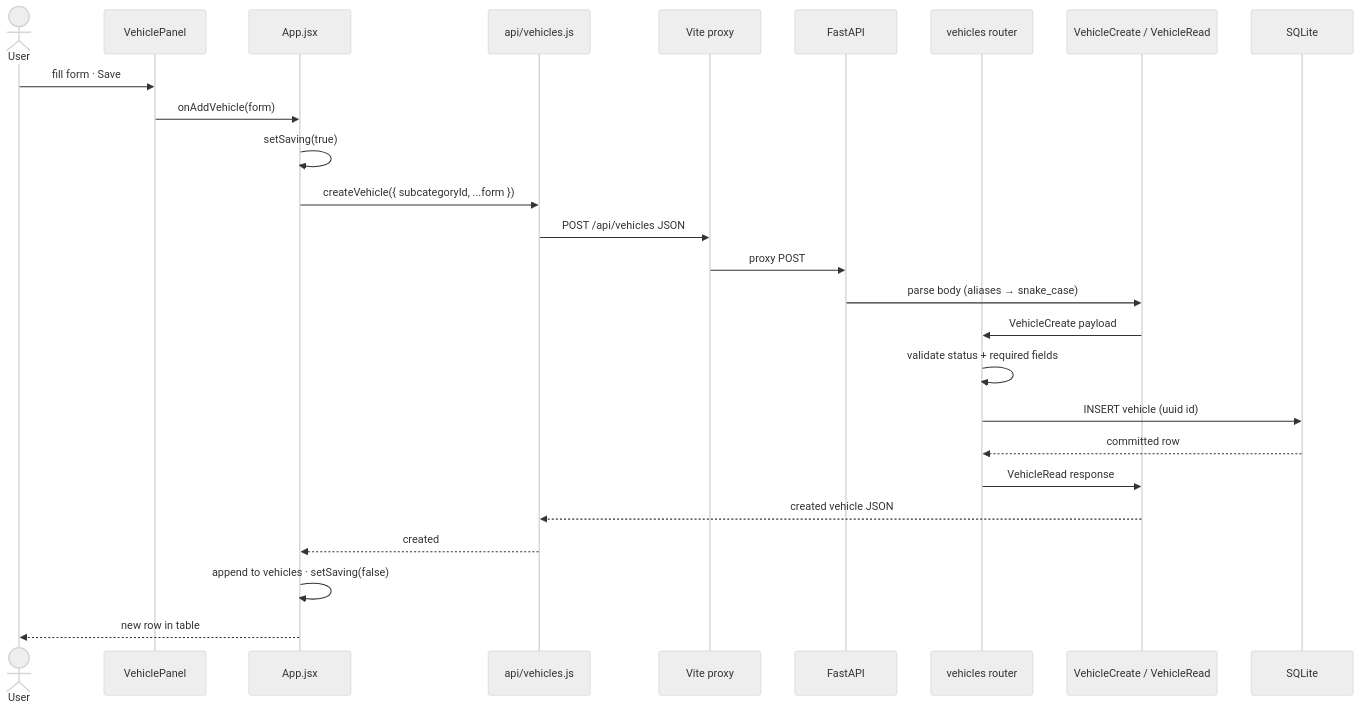
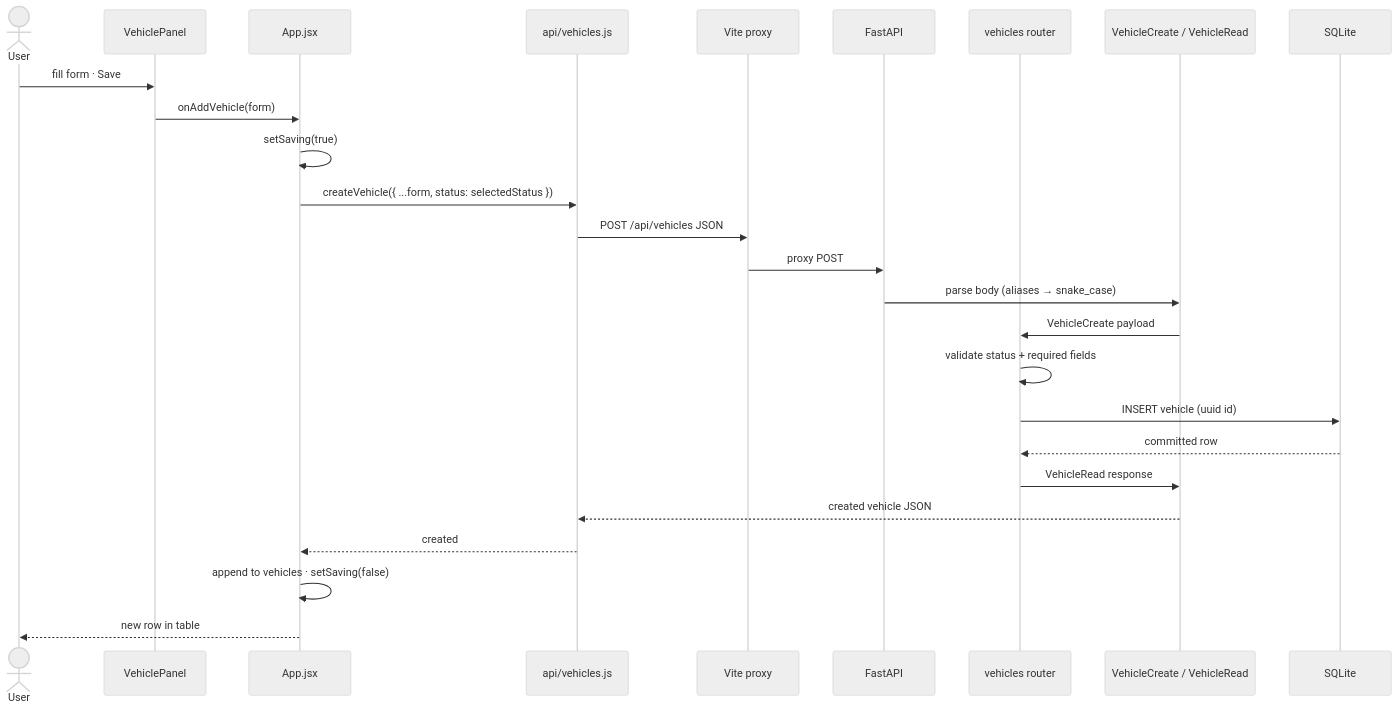
One commit to ajeske/fleet-app changed the seventh of 10 diagrams in README.md. Above: the diagram before and after it, drawn with Mermaid (neutral theme). The commit also changed other lines of this file and 10 other files, not shown here.

First line of the commit message:
Expand fleet app into status-based browsing with car profiles and records.

````diff
--- a/README.md
+++ b/README.md
@@ -238,29 +253,29 @@
 ```mermaid
 sequenceDiagram
   actor User
   participant Panel as VehiclePanel
   participant App as App.jsx
   participant Api as api/vehicles.js
   participant Vite as Vite proxy
   participant FastAPI as FastAPI
   participant Router as vehicles router
   participant Schema as VehicleCreate / VehicleRead
   participant DB as SQLite
 
   User->>Panel: fill form · Save
   Panel->>App: onAddVehicle(form)
   App->>App: setSaving(true)
-  App->>Api: createVehicle({ subcategoryId, ...form })
+  App->>Api: createVehicle({ ...form, status: selectedStatus })
   Api->>Vite: POST /api/vehicles JSON
   Vite->>FastAPI: proxy POST
   FastAPI->>Schema: parse body (aliases → snake_case)
   Schema->>Router: VehicleCreate payload
   Router->>Router: validate status + required fields
   Router->>DB: INSERT vehicle (uuid id)
   DB-->>Router: committed row
   Router->>Schema: VehicleRead response
   Schema-->>Api: created vehicle JSON
   Api-->>App: created
   App->>App: append to vehicles · setSaving(false)
   App-->>User: new row in table
 ```
````
